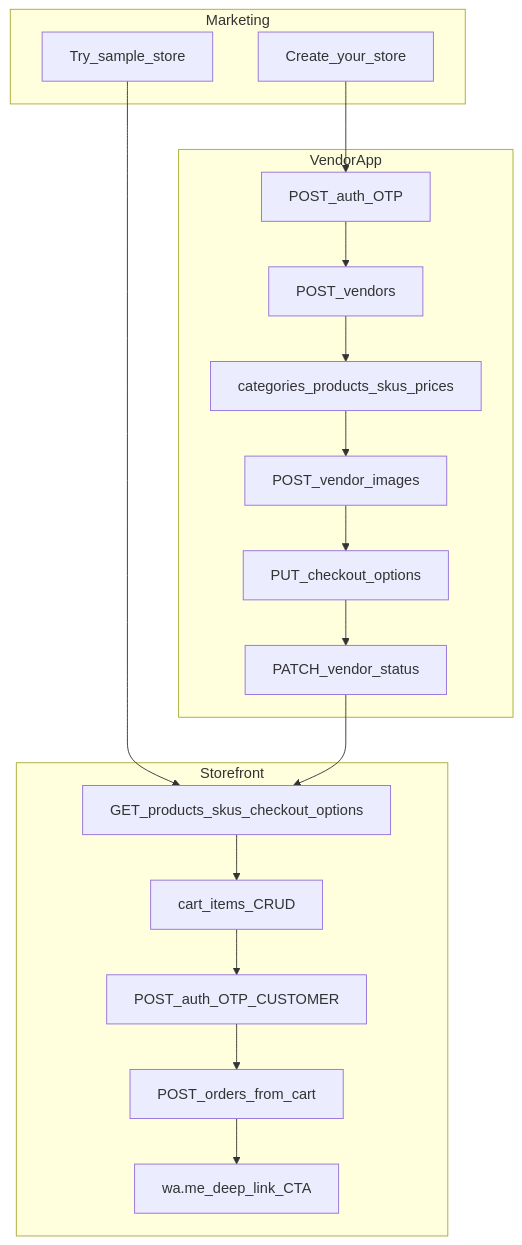
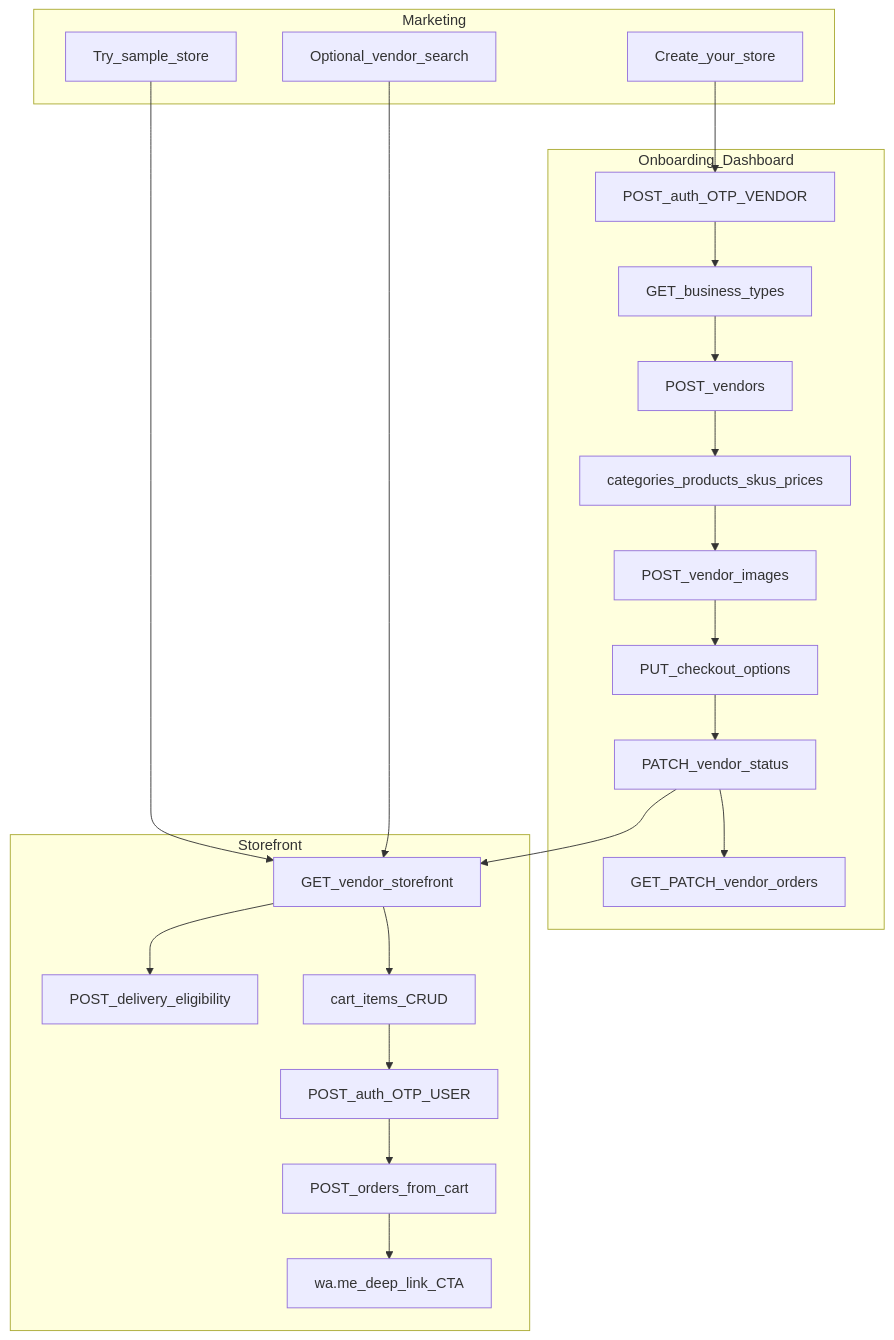
One commit to s713278/Website changed the third of 3 diagrams in docs/MITHRADIRECT_SAAS_DESIGN.md. Above: the diagram before and after it, drawn with Mermaid. The commit also changed other lines of this file and 20 other files, not shown here.

First line of the commit message:
Refactor onboarding steps and enhance API integration for business types and categories.

````diff
--- a/docs/MITHRADIRECT_SAAS_DESIGN.md
+++ b/docs/MITHRADIRECT_SAAS_DESIGN.md
@@ -541,27 +570,34 @@
 ```mermaid
 flowchart TB
   subgraph marketing [Marketing]
     CTA1[Create_your_store]
     CTA2[Try_sample_store]
+    Explore[Optional_vendor_search]
   end
-  subgraph vendor [VendorApp]
-    VAuth[POST_auth_OTP]
+  subgraph vendor [Onboarding_Dashboard]
+    VAuth[POST_auth_OTP_VENDOR]
+    VBiz[GET_business_types]
     VCreate[POST_vendors]
     VCat[categories_products_skus_prices]
     VImg[POST_vendor_images]
     VChk[PUT_checkout_options]
     VLive[PATCH_vendor_status]
+    VOrders[GET_PATCH_vendor_orders]
   end
   subgraph store [Storefront]
-    SLoad[GET_products_skus_checkout_options]
+    SBoot[GET_vendor_storefront]
+    SElig[POST_delivery_eligibility]
     SCart[cart_items_CRUD]
-    SAuth[POST_auth_OTP_CUSTOMER]
+    SAuth[POST_auth_OTP_USER]
     SOrd[POST_orders_from_cart]
     SWA[wa.me_deep_link_CTA]
   end
   CTA1 --> VAuth
-  CTA2 --> SLoad
-  VAuth --> VCreate --> VCat --> VImg --> VChk --> VLive
-  VLive --> SLoad
-  SLoad --> SCart --> SAuth --> SOrd --> SWA
+  CTA2 --> SBoot
+  Explore --> SBoot
+  VAuth --> VBiz --> VCreate --> VCat --> VImg --> VChk --> VLive
+  VLive --> SBoot
+  VLive --> VOrders
+  SBoot --> SElig
+  SBoot --> SCart --> SAuth --> SOrd --> SWA
 ```
````
